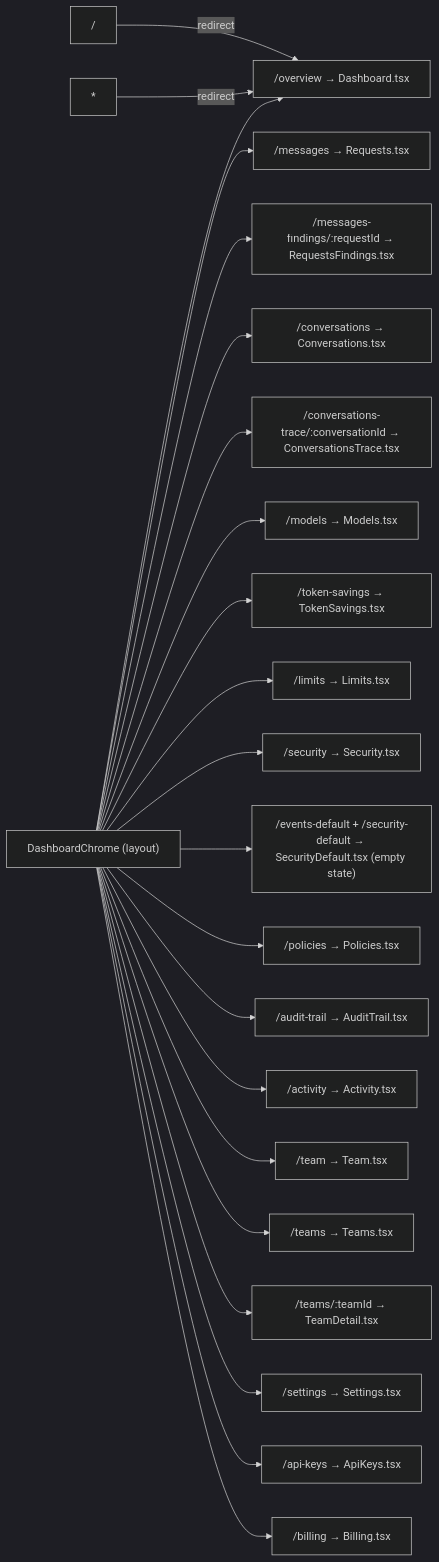
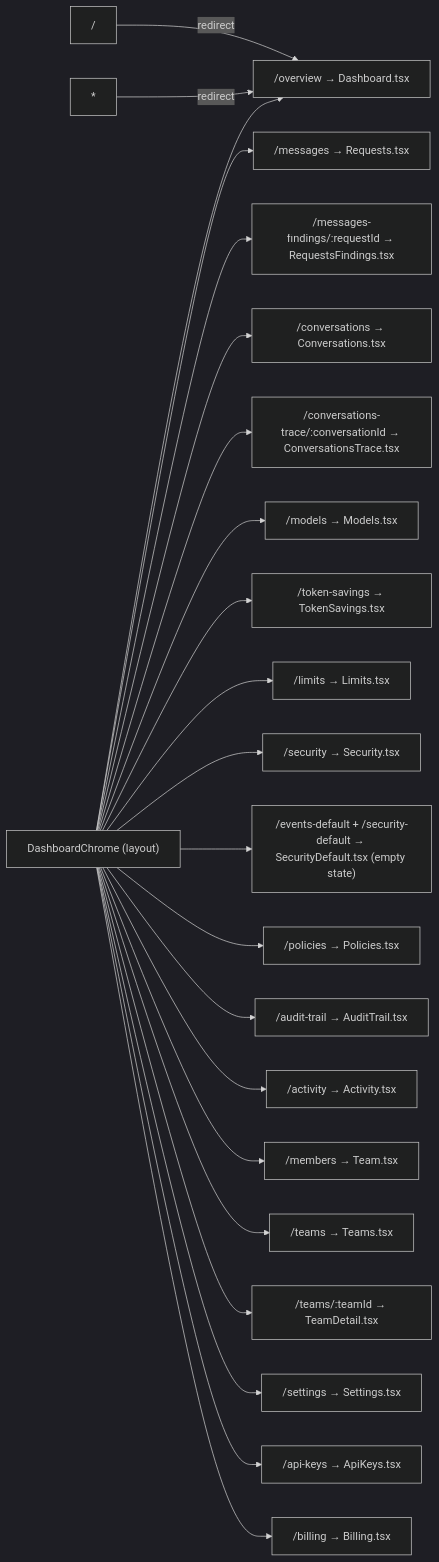
Before and after one commit to Neoneue/gate-ai-build: the first of 5 diagrams in data-model.md, drawn with Mermaid (dark theme). The commit also changed other lines of this file and 24 other files, not shown here.

````diff
--- a/data-model.md
+++ b/data-model.md
@@ -31,27 +31,27 @@
 ```mermaid
 graph LR
     ROOT["/"] -->|redirect| OV
     WILD["*"] -->|redirect| OV
 
     LAYOUT["DashboardChrome (layout)"]
 
     LAYOUT --> OV["/overview → Dashboard.tsx"]
     LAYOUT --> REQ["/messages → Requests.tsx"]
     LAYOUT --> REQF["/messages-findings/:requestId → RequestsFindings.tsx"]
     LAYOUT --> CONV["/conversations → Conversations.tsx"]
     LAYOUT --> CONVT["/conversations-trace/:conversationId → ConversationsTrace.tsx"]
     LAYOUT --> MOD["/models → Models.tsx"]
     LAYOUT --> TOK["/token-savings → TokenSavings.tsx"]
     LAYOUT --> LIM["/limits → Limits.tsx"]
     LAYOUT --> SEC["/security → Security.tsx"]
     LAYOUT --> SECDEF["/events-default + /security-default → SecurityDefault.tsx (empty state)"]
     LAYOUT --> POL["/policies → Policies.tsx"]
     LAYOUT --> AUD["/audit-trail → AuditTrail.tsx"]
     LAYOUT --> ACT["/activity → Activity.tsx"]
-    LAYOUT --> TEAM["/team → Team.tsx"]
+    LAYOUT --> TEAM["/members → Team.tsx"]
     LAYOUT --> TEAMS["/teams → Teams.tsx"]
     LAYOUT --> TEAMD["/teams/:teamId → TeamDetail.tsx"]
     LAYOUT --> SET["/settings → Settings.tsx"]
     LAYOUT --> KEYS["/api-keys → ApiKeys.tsx"]
     LAYOUT --> BILL["/billing → Billing.tsx"]
 ```
````
